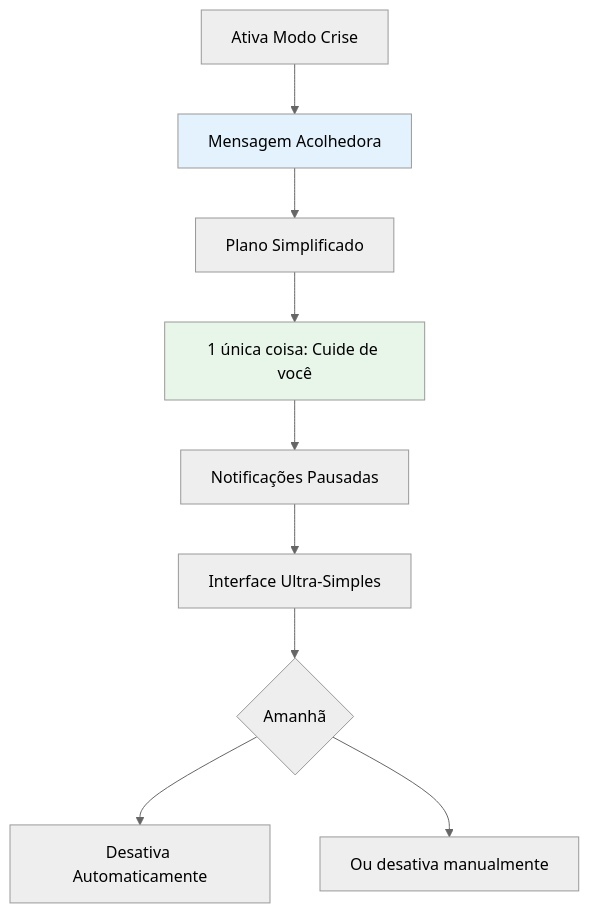
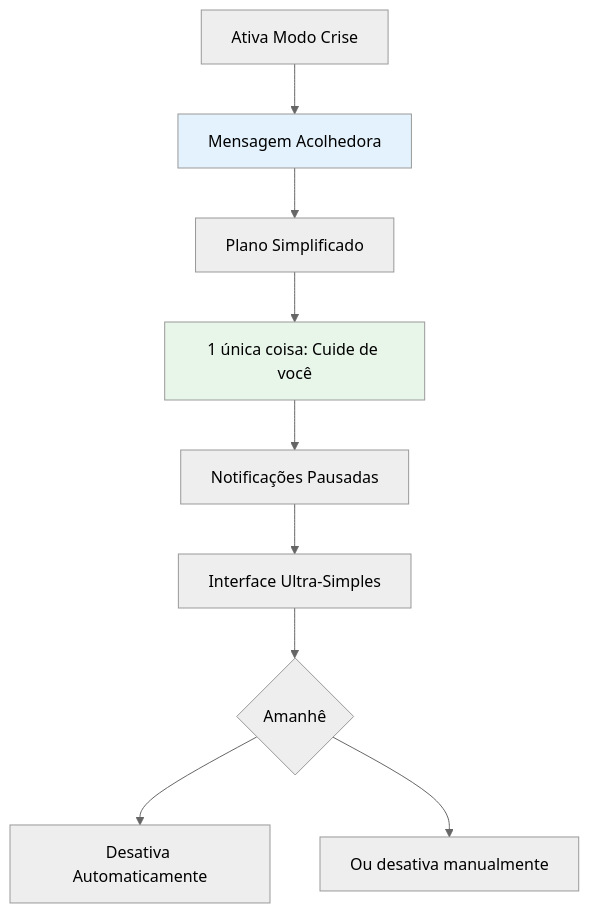
One commit to linnoff88-dev/arckhe-NCIAFlux changed the fourth of 5 diagrams in docs/front-end-spec.md. Above: the diagram before and after it, drawn with Mermaid (neutral theme). The commit also changed other lines of this file and 100 other files, not shown here.

````diff
--- a/docs/front-end-spec.md
+++ b/docs/front-end-spec.md
@@ -249,14 +249,14 @@
 ```mermaid
 graph TD
     A[Ativa Modo Crise] --> B[Mensagem Acolhedora]
     B --> C[Plano Simplificado]
     C --> D[1 única coisa: Cuide de você]
     D --> E[Notificações Pausadas]
     E --> F[Interface Ultra-Simples]
-    F --> G{Amanhã}
+    F --> G{Amanhê}
     G --> H[Desativa Automaticamente]
     G --> I[Ou desativa manualmente]
 
     style B fill:#e3f2fd
     style D fill:#e8f5e9
 ```
````
